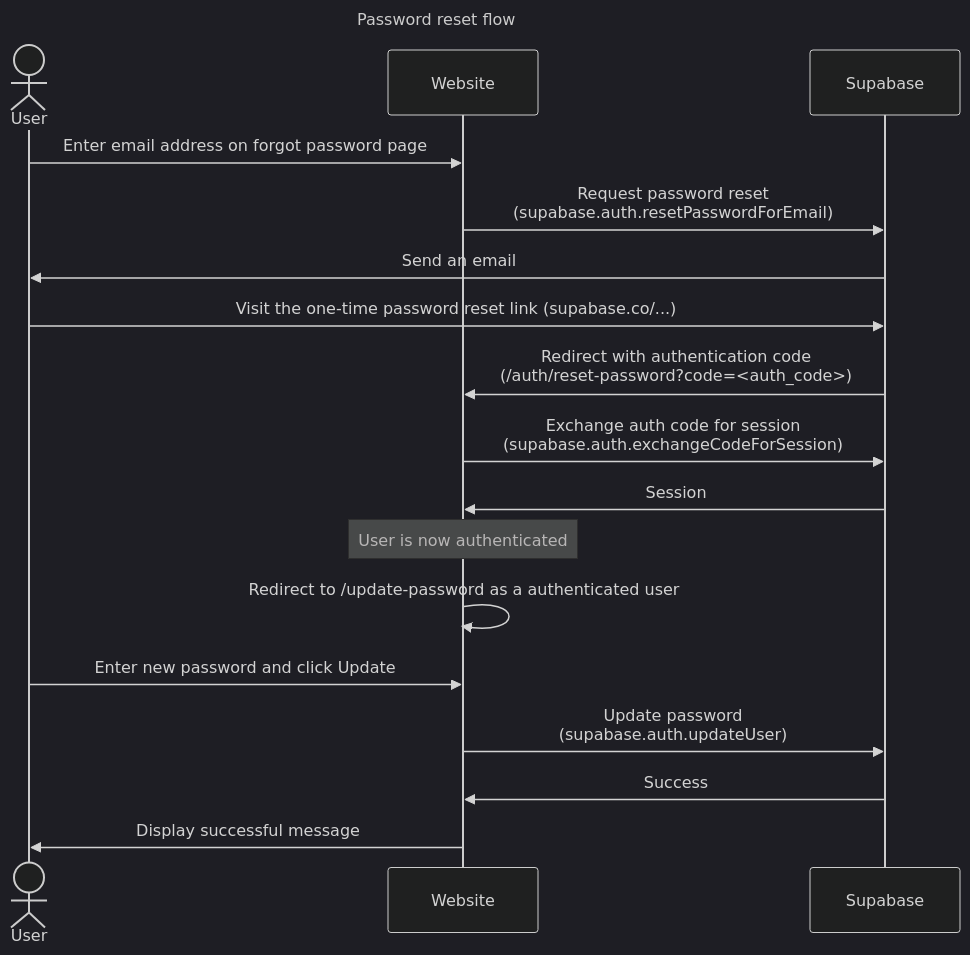
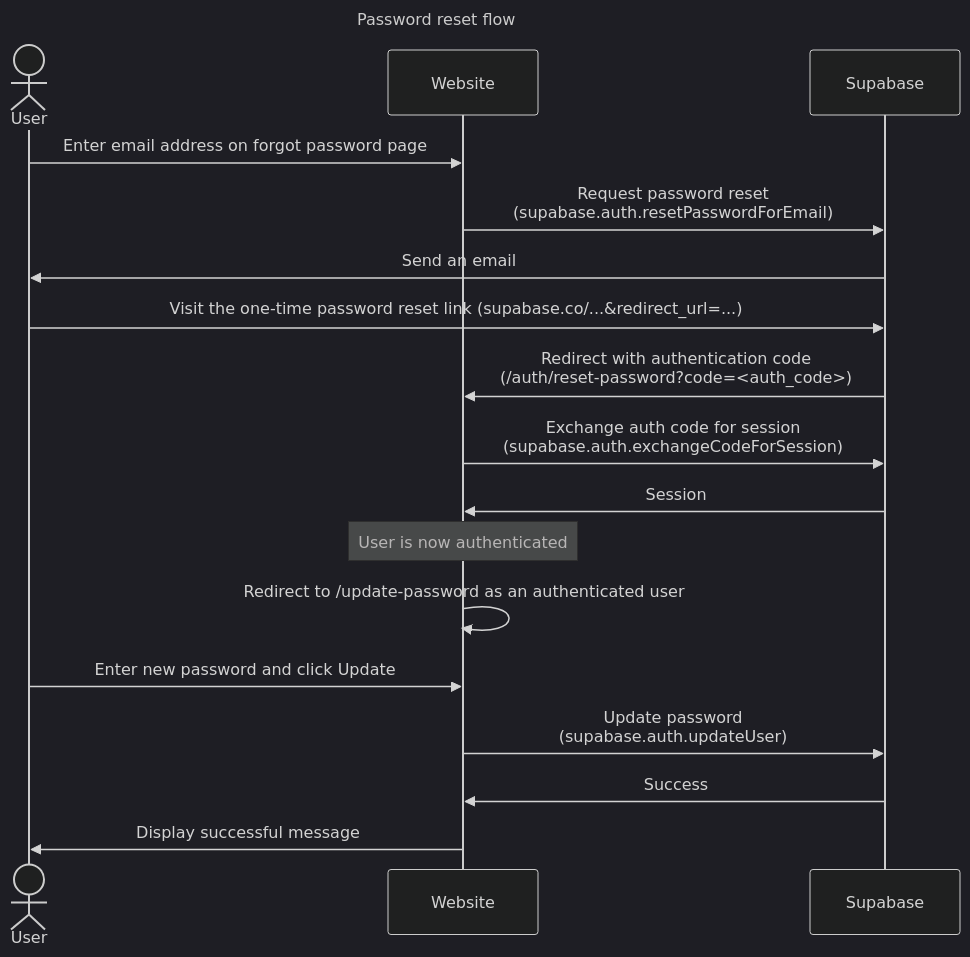
Before and after one commit to NorwoodAndBrixtonFoodbank/nbf-website: the diagram in docs/password-reset-flow.md, drawn with Mermaid (dark theme).

Commit message:
NONE: Update password reset flow chart

````diff
--- a/docs/password-reset-flow.md
+++ b/docs/password-reset-flow.md
@@ -3,25 +3,25 @@
 ```mermaid
 sequenceDiagram
     
 title Password reset flow
 
 actor User
 
 participant Website
 participant Supabase
 
 User->>Website:Enter email address on forgot password page
 Website->>Supabase:Request password reset<br/>(supabase.auth.resetPasswordForEmail)
 Supabase->>User: Send an email
-User->>Supabase: Visit the one-time password reset link (supabase.co/...)
+User->>Supabase: Visit the one-time password reset link (supabase.co/...&redirect_url=...)
 Supabase->>Website: Redirect with authentication code<br/>(/auth/reset-password?code=<auth_code>)
 Website->>Supabase:Exchange auth code for session<br/>(supabase.auth.exchangeCodeForSession)
 Supabase->>Website:Session
 note over Website:User is now authenticated
-Website->>Website:Redirect to /update-password as a authenticated user
+Website->>Website:Redirect to /update-password as an authenticated user
 User->>Website:Enter new password and click Update
 Website->>Supabase:Update password<br/>(supabase.auth.updateUser)
 Supabase->>Website:Success
 Website->>User:Display successful message
 
 ```
````
